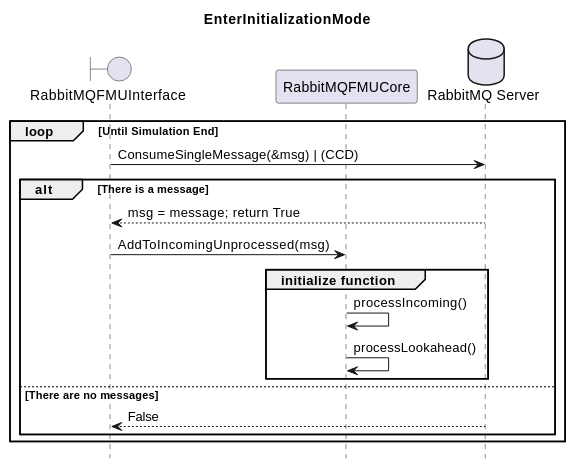
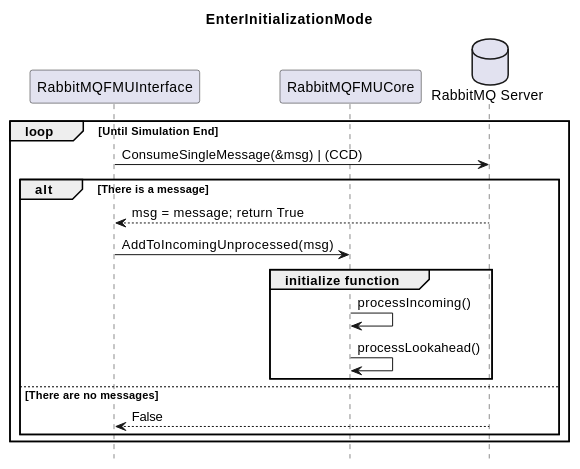
The second of 3 diagrams in docs/data-handling.rst (INTO-CPS-Association/fmu-rabbitmq), drawn with PlantUML before and after one commit.

```diff
--- a/docs/data-handling.rst
+++ b/docs/data-handling.rst
@@ -71,22 +71,22 @@
 .. uml::
 
     title EnterInitializationMode
     hide footbox
 
-    boundary RabbitMQFMUInterface as FMUI
+    participant RabbitMQFMUInterface as FMUI
     participant RabbitMQFMUCore as FMUC
     database "RabbitMQ Server" as server
 
     loop Until Simulation End
         FMUI -> server: ConsumeSingleMessage(&msg) | (CCD)
         alt There is a message
             server --> FMUI: msg = message; return True
             FMUI -> FMUC: AddToIncomingUnprocessed(msg)
             group initialize function
                 FMUC -> FMUC: processIncoming()
                 FMUC -> FMUC: processLookahead()
             end
         else There are no messages
             server --> FMUI: False
         end
     end
```
